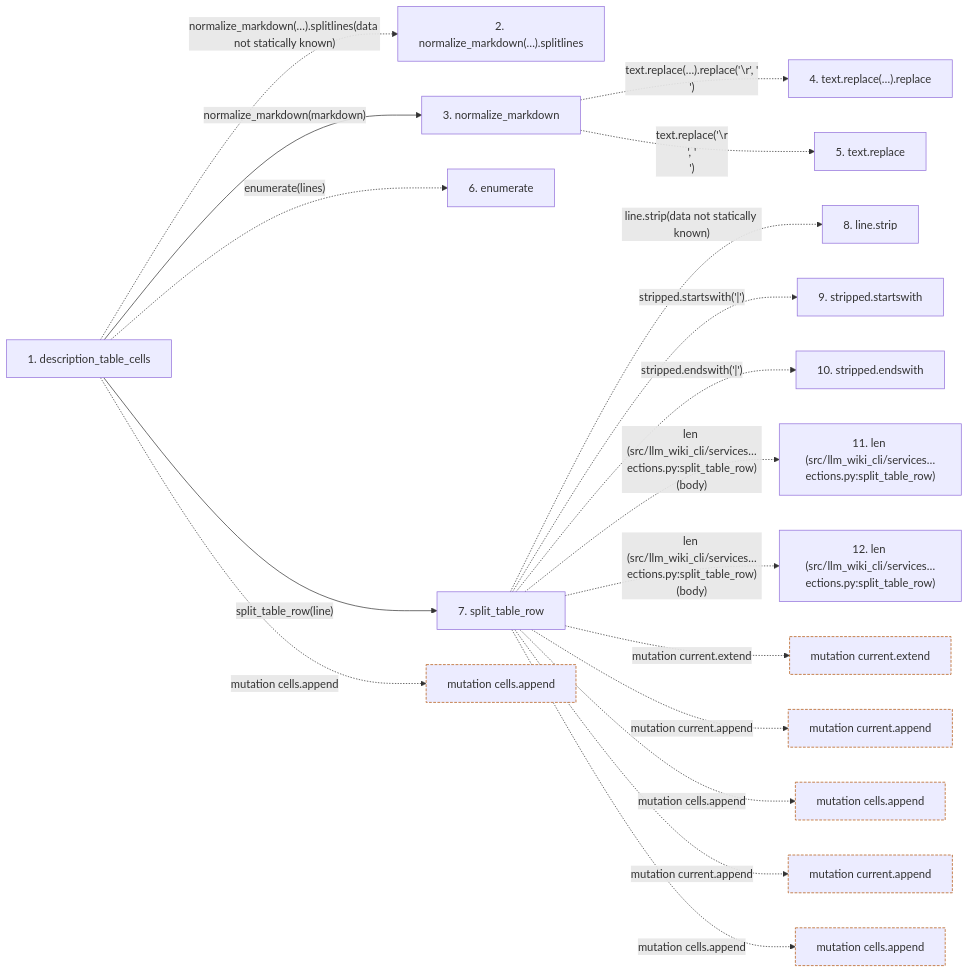
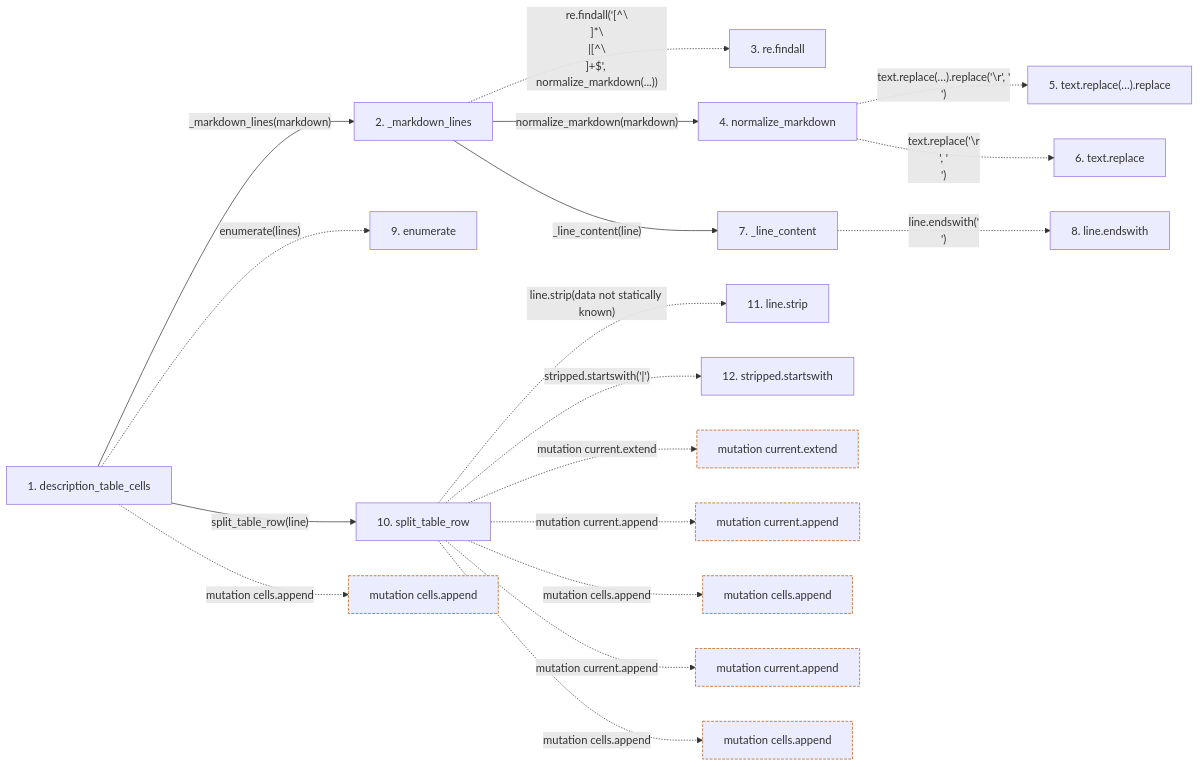
The second of 2 diagrams in docs/llm_wiki/flows/api-description_table_cells.md (Denissvgn/python-wiki-llm), drawn with Mermaid before and after one commit. The commit also changed other lines of this file and 292 other files, not shown here.

````diff
--- a/docs/llm_wiki/flows/api-description_table_cells.md
+++ b/docs/llm_wiki/flows/api-description_table_cells.md
@@ -91,48 +93,50 @@
 ```mermaid
 flowchart LR
     s1["1. description_table_cells"]
-    s2["2. normalize_markdown(…).splitlines"]
-    s3["3. normalize_markdown"]
-    s4["4. text.replace(…).replace"]
-    s5["5. text.replace"]
-    s6["6. enumerate"]
-    s7["7. split_table_row"]
-    s8["8. line.strip"]
-    s9["9. stripped.startswith"]
-    s10["10. stripped.endswith"]
-    s11["11. len (src/llm_wiki_cli/services…ections.py:split_table_row)"]
-    s12["12. len (src/llm_wiki_cli/services…ections.py:split_table_row)"]
-    s1 -. "normalize_markdown(…).splitlines(data not statically known)" .-> s2
-    s1 -->|"normalize_markdown(markdown)"| s3
-    s3 -. "text.replace(…).replace('\r', '\n')" .-> s4
-    s3 -. "text.replace('\r\n', '\n')" .-> s5
-    s1 -. "enumerate(lines)" .-> s6
-    s1 -->|"split_table_row(line)"| s7
-    s7 -. "line.strip(data not statically known)" .-> s8
-    s7 -. "stripped.startswith('|')" .-> s9
-    s7 -. "stripped.endswith('|')" .-> s10
-    s7 -. "len (src/llm_wiki_cli/services…ections.py:split_table_row)(body)" .-> s11
-    s7 -. "len (src/llm_wiki_cli/services…ections.py:split_table_row)(body)" .-> s12
+    s2["2. _markdown_lines"]
+    s3["3. re.findall"]
+    s4["4. normalize_markdown"]
+    s5["5. text.replace(…).replace"]
+    s6["6. text.replace"]
+    s7["7. _line_content"]
+    s8["8. line.endswith"]
+    s9["9. enumerate"]
+    s10["10. split_table_row"]
+    s11["11. line.strip"]
+    s12["12. stripped.startswith"]
+    s1 -->|"_markdown_lines(markdown)"| s2
+    s2 -. "re.findall('[^\\n]*\\n|[^\\n]+$', normalize_markdown(...))" .-> s3
+    s2 -->|"normalize_markdown(markdown)"| s4
+    s4 -. "text.replace(…).replace('\r', '\n')" .-> s5
+    s4 -. "text.replace('\r\n', '\n')" .-> s6
+    s2 -->|"_line_content(line)"| s7
+    s7 -. "line.endswith('\n')" .-> s8
+    s1 -. "enumerate(lines)" .-> s9
+    s1 -->|"split_table_row(line)"| s10
+    s10 -. "line.strip(data not statically known)" .-> s11
+    s10 -. "stripped.startswith('|')" .-> s12
     b0["mutation cells.append"]
     s1 -. "mutation cells.append" .-> b0
     b1["mutation current.extend"]
-    s7 -. "mutation current.extend" .-> b1
+    s10 -. "mutation current.extend" .-> b1
     b2["mutation current.append"]
-    s7 -. "mutation current.append" .-> b2
+    s10 -. "mutation current.append" .-> b2
     b3["mutation cells.append"]
-    s7 -. "mutation cells.append" .-> b3
+    s10 -. "mutation cells.append" .-> b3
     b4["mutation current.append"]
-    s7 -. "mutation current.append" .-> b4
+    s10 -. "mutation current.append" .-> b4
     b5["mutation cells.append"]
-    s7 -. "mutation cells.append" .-> b5
+    s10 -. "mutation cells.append" .-> b5
     click s1 "../modules/markdown_sections.md"
-    click s3 "../modules/markdown_sections.md"
+    click s2 "../modules/markdown_sections.md"
+    click s4 "../modules/markdown_sections.md"
     click s7 "../modules/markdown_sections.md"
+    click s10 "../modules/markdown_sections.md"
     classDef boundary stroke:#b45309,stroke-dasharray: 4 2
     class b0 boundary
     class b1 boundary
     class b2 boundary
     class b3 boundary
     class b4 boundary
     class b5 boundary
 ```
````
